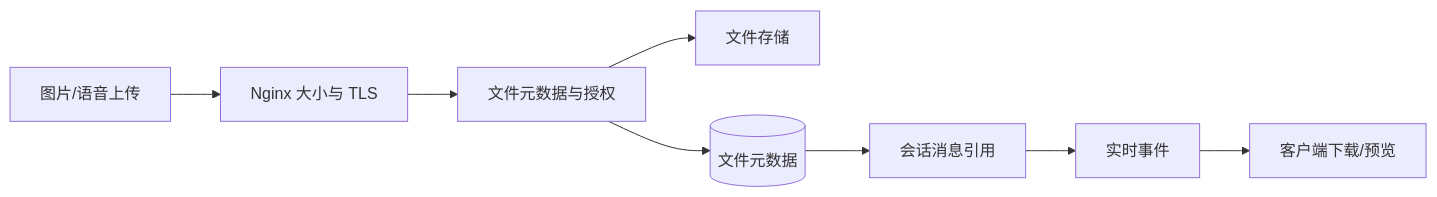
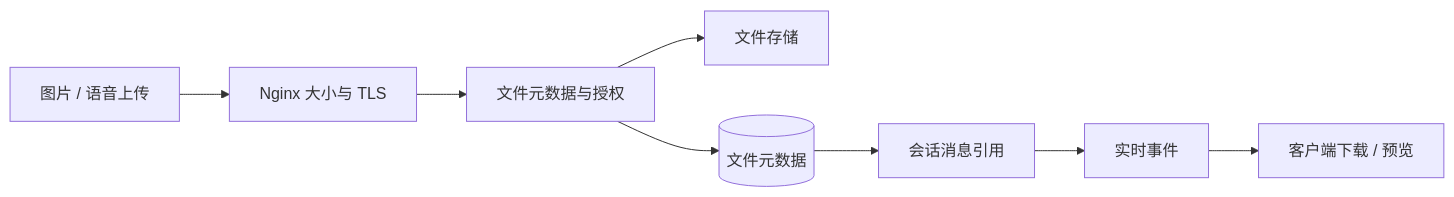
One commit to jinzheyi/yubb-saas-pro changed the seventh of 8 diagrams in docs/marketing/articles/juejin-collaboration-engineering-review.md. Above: the diagram before and after it, drawn with Mermaid. The commit also changed other lines of this file and 2 other files, not shown here.

Commit message:
docs: add Toutiao article and fix Juejin diagrams

````diff
--- a/docs/marketing/articles/juejin-collaboration-engineering-review.md
+++ b/docs/marketing/articles/juejin-collaboration-engineering-review.md
@@ -313,10 +301,10 @@
 ```mermaid
 flowchart LR
-  Upload[图片/语音上传] --> Proxy[Nginx 大小与 TLS]
-  Proxy --> FileAPI[文件元数据与授权]
-  FileAPI --> Storage[文件存储]
-  FileAPI --> Meta[(文件元数据)]
-  Meta --> Message[会话消息引用]
-  Message --> Push[实时事件]
-  Push --> Preview[客户端下载/预览]
+  Upload["图片 / 语音上传"] --> Proxy["Nginx 大小与 TLS"]
+  Proxy --> FileAPI["文件元数据与授权"]
+  FileAPI --> Storage["文件存储"]
+  FileAPI --> Meta[("文件元数据")]
+  Meta --> Message["会话消息引用"]
+  Message --> Push["实时事件"]
+  Push --> Preview["客户端下载 / 预览"]
 ```
````
